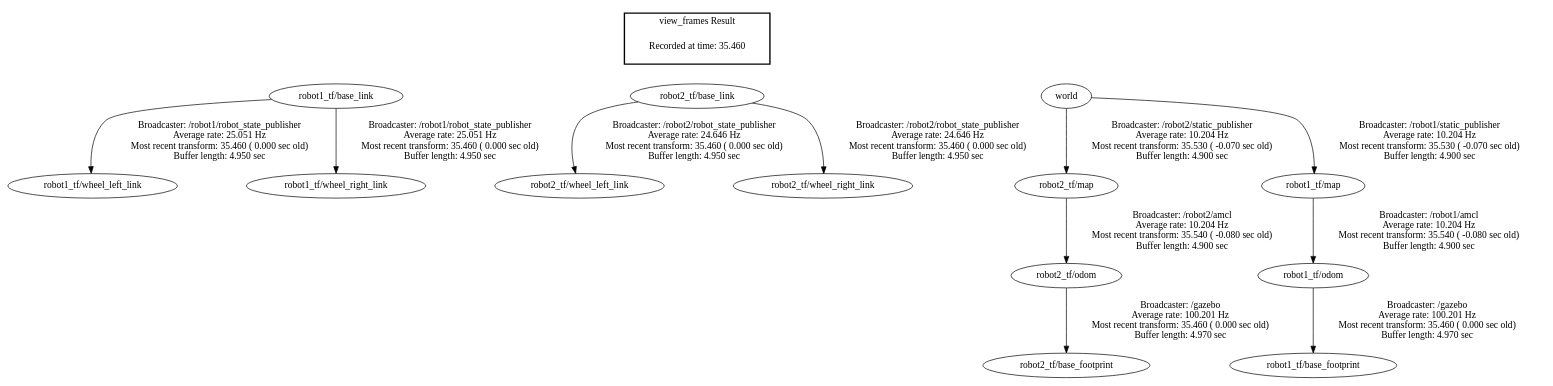
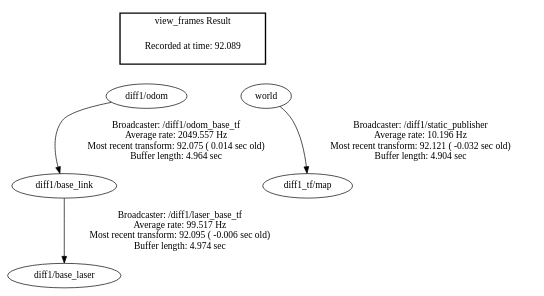
The diagram in src/usv_tf/frames/frames.gv (disaster-robotics-proalertas/usv_sim_lsa), drawn with Graphviz before and after one commit. The commit also changed 13 other files, not shown here.

```diff
--- a/src/usv_tf/frames/frames.gv
+++ b/src/usv_tf/frames/frames.gv
@@ -1,24 +1,13 @@
 digraph G {
-"robot2_tf/odom" -> "robot2_tf/base_footprint"[label="Broadcaster: /gazebo\nAverage rate: 100.201 Hz\nMost recent transform: 35.460 ( 0.000 sec old)\nBuffer length: 4.970 sec\n"];
-"robot2_tf/map" -> "robot2_tf/odom"[label="Broadcaster: /robot2/amcl\nAverage rate: 10.204 Hz\nMost recent transform: 35.540 ( -0.080 sec old)\nBuffer length: 4.900 sec\n"];
-"robot1_tf/odom" -> "robot1_tf/base_footprint"[label="Broadcaster: /gazebo\nAverage rate: 100.201 Hz\nMost recent transform: 35.460 ( 0.000 sec old)\nBuffer length: 4.970 sec\n"];
-"robot1_tf/map" -> "robot1_tf/odom"[label="Broadcaster: /robot1/amcl\nAverage rate: 10.204 Hz\nMost recent transform: 35.540 ( -0.080 sec old)\nBuffer length: 4.900 sec\n"];
-"robot1_tf/base_link" -> "robot1_tf/wheel_left_link"[label="Broadcaster: /robot1/robot_state_publisher\nAverage rate: 25.051 Hz\nMost recent transform: 35.460 ( 0.000 sec old)\nBuffer length: 4.950 sec\n"];
-"robot1_tf/base_link" -> "robot1_tf/wheel_right_link"[label="Broadcaster: /robot1/robot_state_publisher\nAverage rate: 25.051 Hz\nMost recent transform: 35.460 ( 0.000 sec old)\nBuffer length: 4.950 sec\n"];
-"robot2_tf/base_link" -> "robot2_tf/wheel_left_link"[label="Broadcaster: /robot2/robot_state_publisher\nAverage rate: 24.646 Hz\nMost recent transform: 35.460 ( 0.000 sec old)\nBuffer length: 4.950 sec\n"];
-"robot2_tf/base_link" -> "robot2_tf/wheel_right_link"[label="Broadcaster: /robot2/robot_state_publisher\nAverage rate: 24.646 Hz\nMost recent transform: 35.460 ( 0.000 sec old)\nBuffer length: 4.950 sec\n"];
-"world" -> "robot2_tf/map"[label="Broadcaster: /robot2/static_publisher\nAverage rate: 10.204 Hz\nMost recent transform: 35.530 ( -0.070 sec old)\nBuffer length: 4.900 sec\n"];
-"world" -> "robot1_tf/map"[label="Broadcaster: /robot1/static_publisher\nAverage rate: 10.204 Hz\nMost recent transform: 35.530 ( -0.070 sec old)\nBuffer length: 4.900 sec\n"];
+"diff1/base_link" -> "diff1/base_laser"[label="Broadcaster: /diff1/laser_base_tf\nAverage rate: 99.517 Hz\nMost recent transform: 92.095 ( -0.006 sec old)\nBuffer length: 4.974 sec\n"];
+"diff1/odom" -> "diff1/base_link"[label="Broadcaster: /diff1/odom_base_tf\nAverage rate: 2049.557 Hz\nMost recent transform: 92.075 ( 0.014 sec old)\nBuffer length: 4.964 sec\n"];
+"world" -> "diff1_tf/map"[label="Broadcaster: /diff1/static_publisher\nAverage rate: 10.196 Hz\nMost recent transform: 92.121 ( -0.032 sec old)\nBuffer length: 4.904 sec\n"];
 edge [style=invis];
  subgraph cluster_legend { style=bold; color=black; label ="view_frames Result";
-"Recorded at time: 35.460"[ shape=plaintext ] ;
- }->"robot1_tf/base_link";
+"Recorded at time: 92.089"[ shape=plaintext ] ;
+ }->"diff1/odom";
 edge [style=invis];
  subgraph cluster_legend { style=bold; color=black; label ="view_frames Result";
-"Recorded at time: 35.460"[ shape=plaintext ] ;
- }->"robot2_tf/base_link";
-edge [style=invis];
- subgraph cluster_legend { style=bold; color=black; label ="view_frames Result";
-"Recorded at time: 35.460"[ shape=plaintext ] ;
+"Recorded at time: 92.089"[ shape=plaintext ] ;
  }->"world";
 }
```
